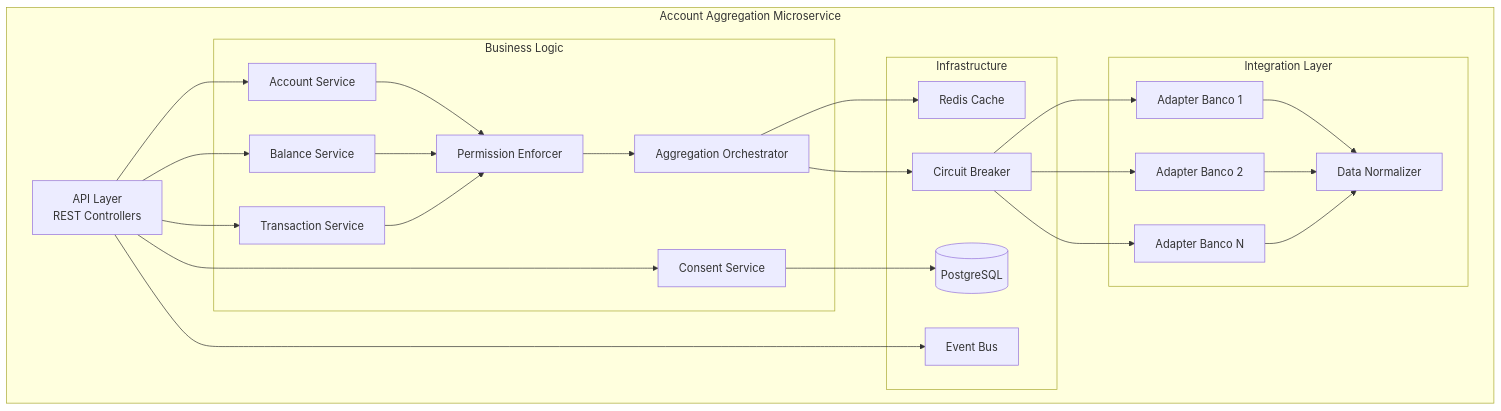
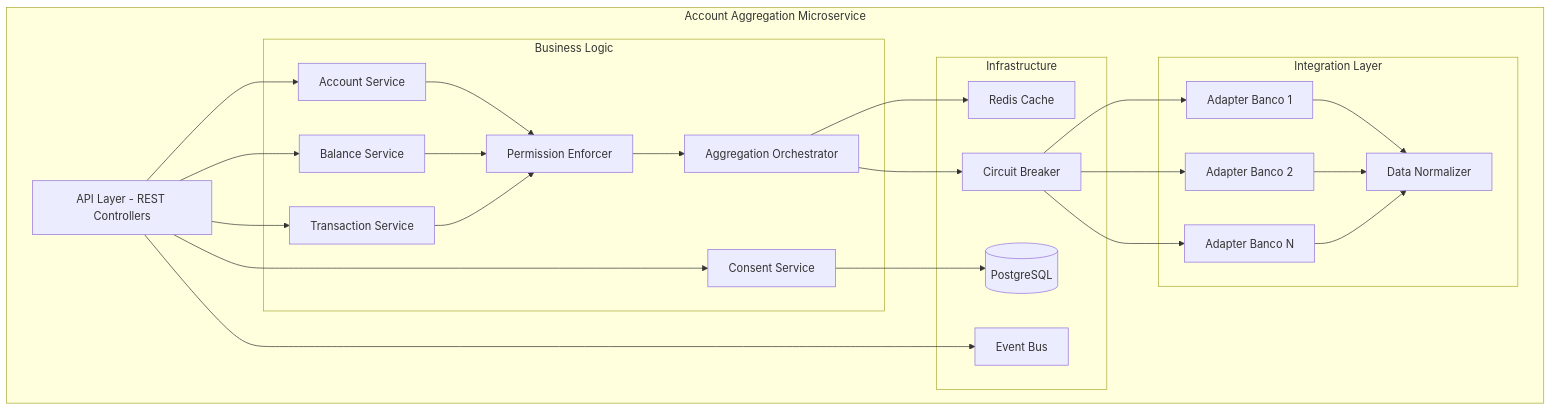
One commit to somospragma/integration-consent-manager changed the fourth of 4 diagrams in docs/services/account-aggregation-services.md. Above: the diagram before and after it, drawn with Mermaid. The commit also changed other lines of this file and 9 other files, not shown here.

Commit message:
fix: corregir diagramas Mermaid - quitar paréntesis y \n incompatibles con GitHub

````diff
--- a/docs/services/account-aggregation-services.md
+++ b/docs/services/account-aggregation-services.md
@@ -512,52 +512,52 @@
 ```mermaid
 graph TB
     subgraph "Account Aggregation Microservice"
-        API[API Layer\nREST Controllers]
+        API[API Layer - REST Controllers]
         
         subgraph "Business Logic"
             CONSENT[Consent Service]
             ACCOUNT[Account Service]
             BALANCE[Balance Service]
             TXN[Transaction Service]
             AGG[Aggregation Orchestrator]
             PERM[Permission Enforcer]
         end
 
         subgraph "Integration Layer"
             ADAPTER_B1[Adapter Banco 1]
             ADAPTER_B2[Adapter Banco 2]
             ADAPTER_BN[Adapter Banco N]
             NORM[Data Normalizer]
         end
 
         subgraph "Infrastructure"
             CACHE_L[Redis Cache]
             DB_L[(PostgreSQL)]
             QUEUE_L[Event Bus]
             CB[Circuit Breaker]
         end
     end
 
     API --> CONSENT
     API --> ACCOUNT
     API --> BALANCE
     API --> TXN
     
     ACCOUNT --> PERM
     BALANCE --> PERM
     TXN --> PERM
     
     PERM --> AGG
     AGG --> CB
     CB --> ADAPTER_B1
     CB --> ADAPTER_B2
     CB --> ADAPTER_BN
     
     ADAPTER_B1 --> NORM
     ADAPTER_B2 --> NORM
     ADAPTER_BN --> NORM
     
     CONSENT --> DB_L
     AGG --> CACHE_L
     API --> QUEUE_L
 ```
````
